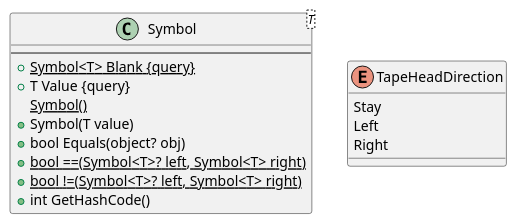
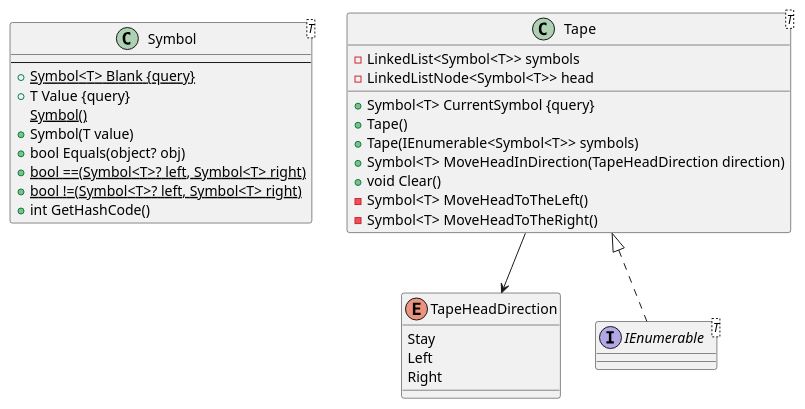
The diagram in doc/diagrams/class/classes.plantuml (bokrosf/TuringMachine), drawn with PlantUML before and after one commit.

Commit message:
Tape class added to classes diagram.

```diff
--- a/doc/diagrams/class/classes.plantuml
+++ b/doc/diagrams/class/classes.plantuml
@@ -1,21 +1,37 @@
 @startuml classes
 
 class Symbol<T> {
     --
     +{static} Symbol<T> Blank {query}
     +T Value {query}
     {static} Symbol()
     +Symbol(T value)
     +bool Equals(object? obj)
     +{static} bool ==(Symbol<T>? left, Symbol<T> right)
     +{static} bool !=(Symbol<T>? left, Symbol<T> right)
     +int GetHashCode()
 }
 
 enum TapeHeadDirection {
     Stay
     Left
     Right
 }
 
+class "Tape<T>" as Tape_T {
+    -LinkedList<Symbol<T>> symbols
+    -LinkedListNode<Symbol<T>> head
+    +{method} Symbol<T> CurrentSymbol {query}
+    +Tape()
+    +Tape(IEnumerable<Symbol<T>> symbols)
+    +Symbol<T> MoveHeadInDirection(TapeHeadDirection direction)
+    +void Clear()
+    -Symbol<T> MoveHeadToTheLeft()
+    -Symbol<T> MoveHeadToTheRight()
+}
+
+interface "IEnumerable<T>" as IEnumerable_T
+Tape_T <|.. IEnumerable_T
+Tape_T --> TapeHeadDirection
+
 @enduml
```
